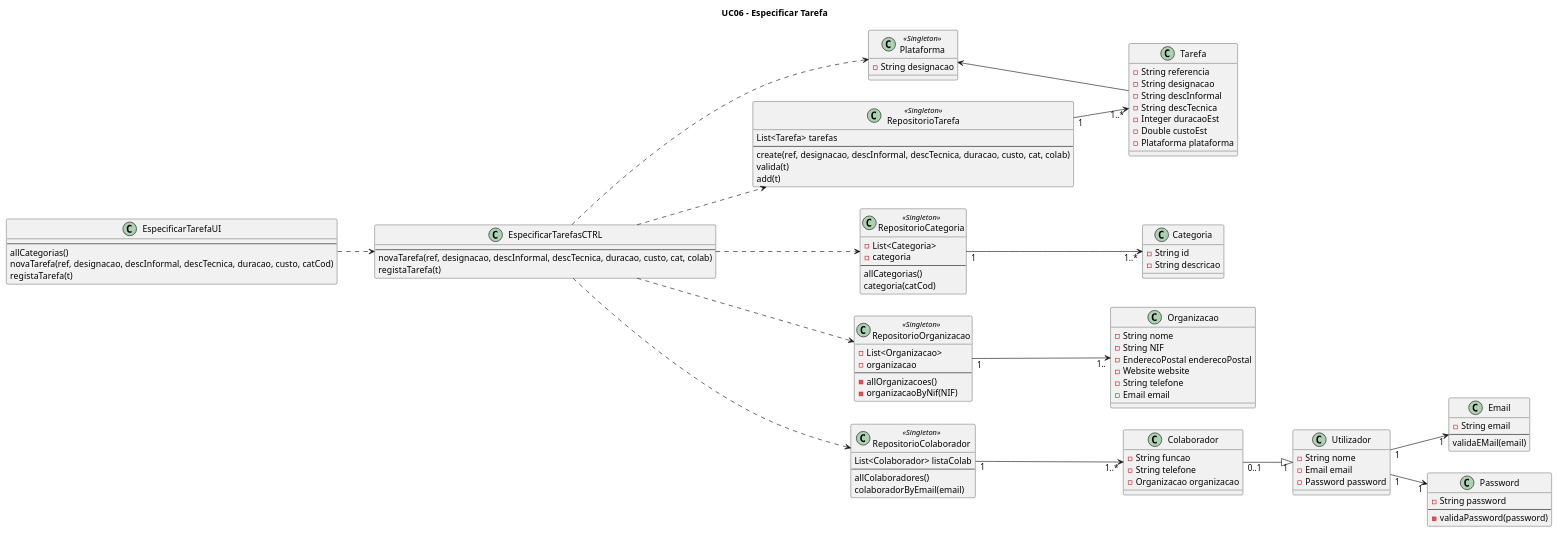
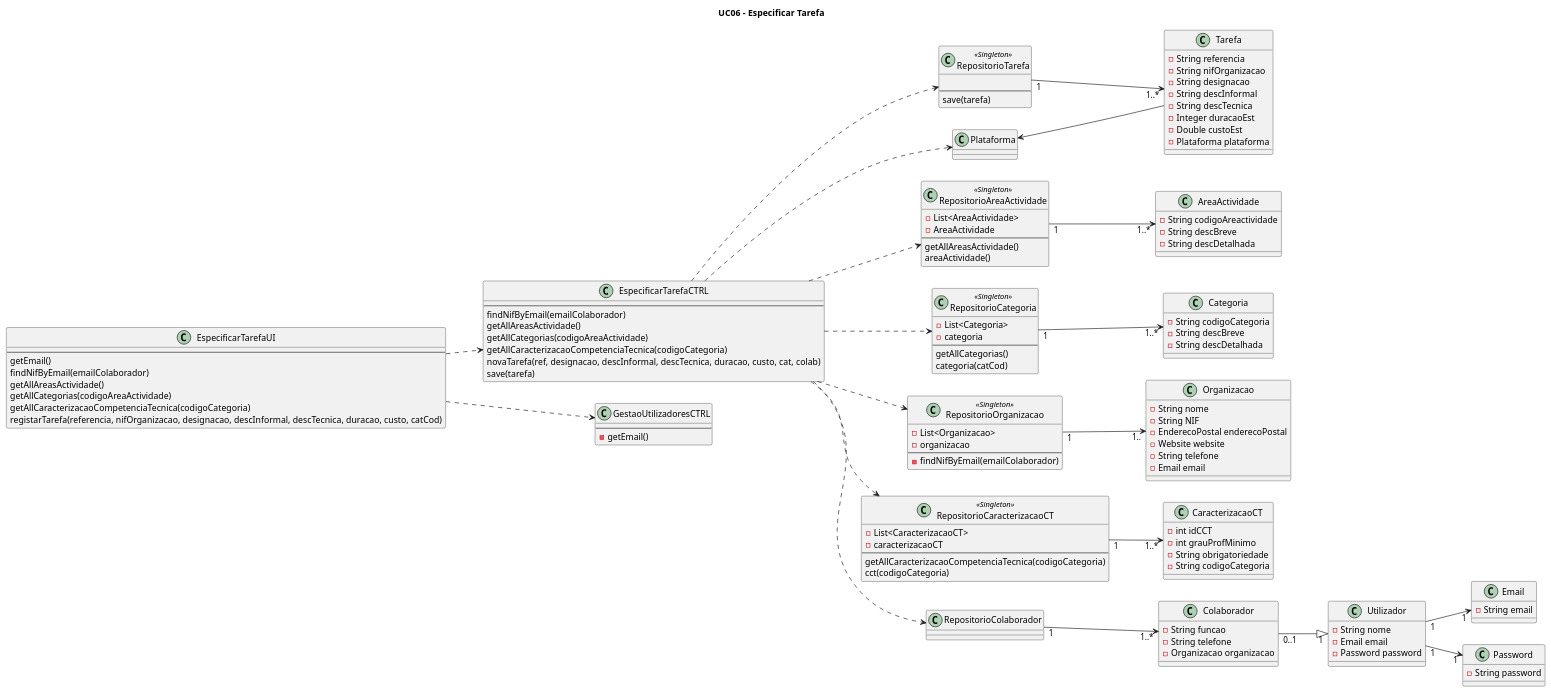
One commit to blestonbandeiraUPSKILL/upskill_java1_labprg_grupo2 changed the diagram in Documentação/Sprint 2/UC06_Especificar_Tarefa/UC06_Especificar_Tarefa_Diagrama_Classes.puml. Above: the diagram before and after it, drawn with PlantUML. The commit also changed 8 other files, not shown here.

```diff
--- a/Documentação/Sprint 2/UC06_Especificar_Tarefa/UC06_Especificar_Tarefa_Diagrama_Classes.puml
+++ b/Documentação/Sprint 2/UC06_Especificar_Tarefa/UC06_Especificar_Tarefa_Diagrama_Classes.puml
@@ -1,117 +1,148 @@
 @startuml
 
 title UC06 - Especificar Tarefa
 left to right direction
 
-class Plataforma <<Singleton>> {
-    -String designacao
+class EspecificarTarefaUI {
+    --
+    getEmail()
+    findNifByEmail(emailColaborador)
+    getAllAreasActividade()
+    getAllCategorias(codigoAreaActividade)
+    getAllCaracterizacaoCompetenciaTecnica(codigoCategoria)
+    registarTarefa(referencia, nifOrganizacao, designacao, descInformal, descTecnica, duracao, custo, catCod)
 }
 
-class EspecificarTarefaUI {
+class EspecificarTarefaCTRL {
     --
-    allCategorias()
-    novaTarefa(ref, designacao, descInformal, descTecnica, duracao, custo, catCod)
-    registaTarefa(t)
-}
-
-class EspecificarTarefasCTRL {
-    --
+    findNifByEmail(emailColaborador)
+    getAllAreasActividade()
+    getAllCategorias(codigoAreaActividade)
+    getAllCaracterizacaoCompetenciaTecnica(codigoCategoria)
     novaTarefa(ref, designacao, descInformal, descTecnica, duracao, custo, cat, colab)
-    registaTarefa(t)
+    save(tarefa)
 }
 
 class RepositorioTarefa <<Singleton>> {
-    List<Tarefa> tarefas
+    
     --
-    create(ref, designacao, descInformal, descTecnica, duracao, custo, cat, colab)
-    valida(t)
-    add(t)
+    save(tarefa)
 }
 
+class RepositorioAreaActividade <<Singleton>> {
+    -List<AreaActividade>
+    -AreaActividade
+    --
+    getAllAreasActividade()
+    areaActividade()
+}
 class RepositorioCategoria <<Singleton>>{
     -List<Categoria>
     -categoria
     --
-    allCategorias()
+    getAllCategorias()
     categoria(catCod)
 }
 
 class RepositorioOrganizacao <<Singleton>> {
     -List<Organizacao>
     -organizacao
     --
-    -allOrganizacoes()
-    -organizacaoByNif(NIF)
+    -findNifByEmail(emailColaborador)
 }
 
-class RepositorioColaborador <<Singleton>> {
-    List<Colaborador> listaColab
+class RepositorioCaracterizacaoCT <<Singleton>> {
+    -List<CaracterizacaoCT>
+    -caracterizacaoCT
     --
-    allColaboradores()
-    colaboradorByEmail(email)
+    getAllCaracterizacaoCompetenciaTecnica(codigoCategoria)
+    cct(codigoCategoria)
+}
+
+
+class GestaoUtilizadoresCTRL {
+    --
+    -getEmail()
 }
 
 class Organizacao {
     -String nome
     -String NIF
     -EnderecoPostal enderecoPostal
     -Website website
     -String telefone
     -Email email
 }
 
 class Colaborador {
     -String funcao
     -String telefone
     -Organizacao organizacao
 }
 
 class Tarefa {
     -String referencia
+    -String nifOrganizacao
     -String designacao
     -String descInformal
     -String descTecnica
     -Integer duracaoEst
     -Double custoEst
     -Plataforma plataforma
 }
 
 class Utilizador {
     -String nome
     -Email email
     -Password password
 }
 
+class AreaActividade{
+    -String codigoAreactividade
+    -String descBreve
+    -String descDetalhada
+}
+
 class Categoria {
-    -String id
-    -String descricao
+    -String codigoCategoria
+    -String descBreve
+    -String descDetalhada
+}
+
+class CaracterizacaoCT {
+    -int idCCT
+    -int grauProfMinimo
+    -String obrigatoriedade
+    -String codigoCategoria
 }
 
 class Email {
     -String email
-    --
-    validaEMail(email)
 }
 
 class Password {
     -String password
-    --
-    -validaPassword(password)
 }
 
 Colaborador"0..1" --|> "1"Utilizador
-EspecificarTarefaUI ..> EspecificarTarefasCTRL
-EspecificarTarefasCTRL ..> Plataforma
-EspecificarTarefasCTRL ..> RepositorioCategoria
-EspecificarTarefasCTRL ..> RepositorioTarefa
-EspecificarTarefasCTRL ..> RepositorioOrganizacao
+EspecificarTarefaUI ..> EspecificarTarefaCTRL
+EspecificarTarefaCTRL ..> Plataforma
+EspecificarTarefaCTRL ..> RepositorioCategoria
+EspecificarTarefaCTRL ..> RepositorioTarefa
+EspecificarTarefaCTRL ..> RepositorioOrganizacao
 RepositorioOrganizacao"1" --> "1.."Organizacao
-EspecificarTarefasCTRL ..> RepositorioColaborador
+EspecificarTarefaCTRL ..> RepositorioColaborador
 RepositorioColaborador"1" --> "1..*"Colaborador
 RepositorioTarefa"1" --> "1..*"Tarefa
 RepositorioCategoria"1" --> "1..*"Categoria
 Plataforma <-- Tarefa
 Utilizador"1" --> "1"Email
 Utilizador"1" --> "1"Password
+EspecificarTarefaUI ..> GestaoUtilizadoresCTRL
+EspecificarTarefaCTRL ..> RepositorioAreaActividade
+RepositorioAreaActividade"1" --> "1..*"AreaActividade
+EspecificarTarefaCTRL ..> RepositorioCaracterizacaoCT
+RepositorioCaracterizacaoCT"1" --> "1..*"CaracterizacaoCT
+
 
 @enduml
```
